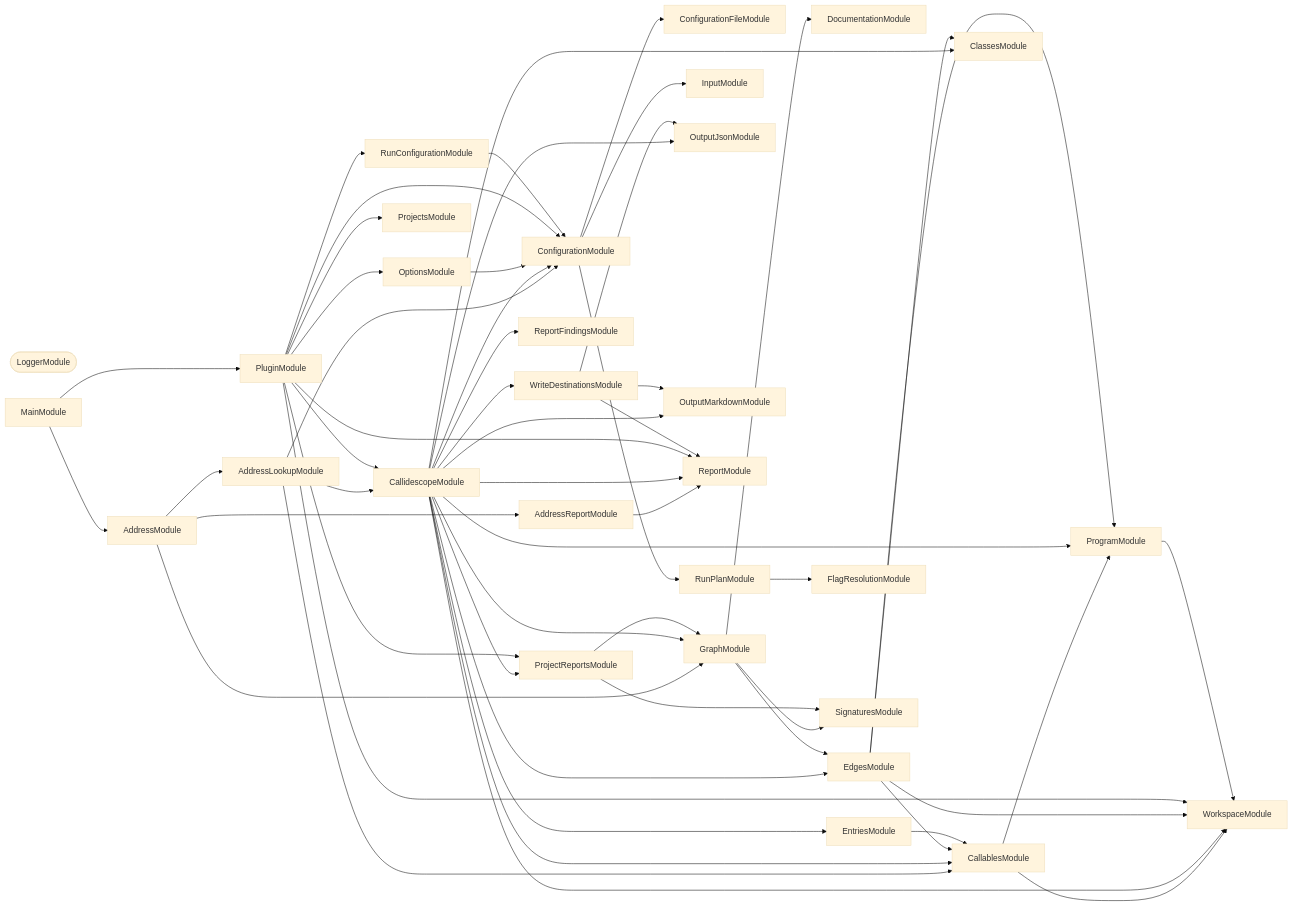
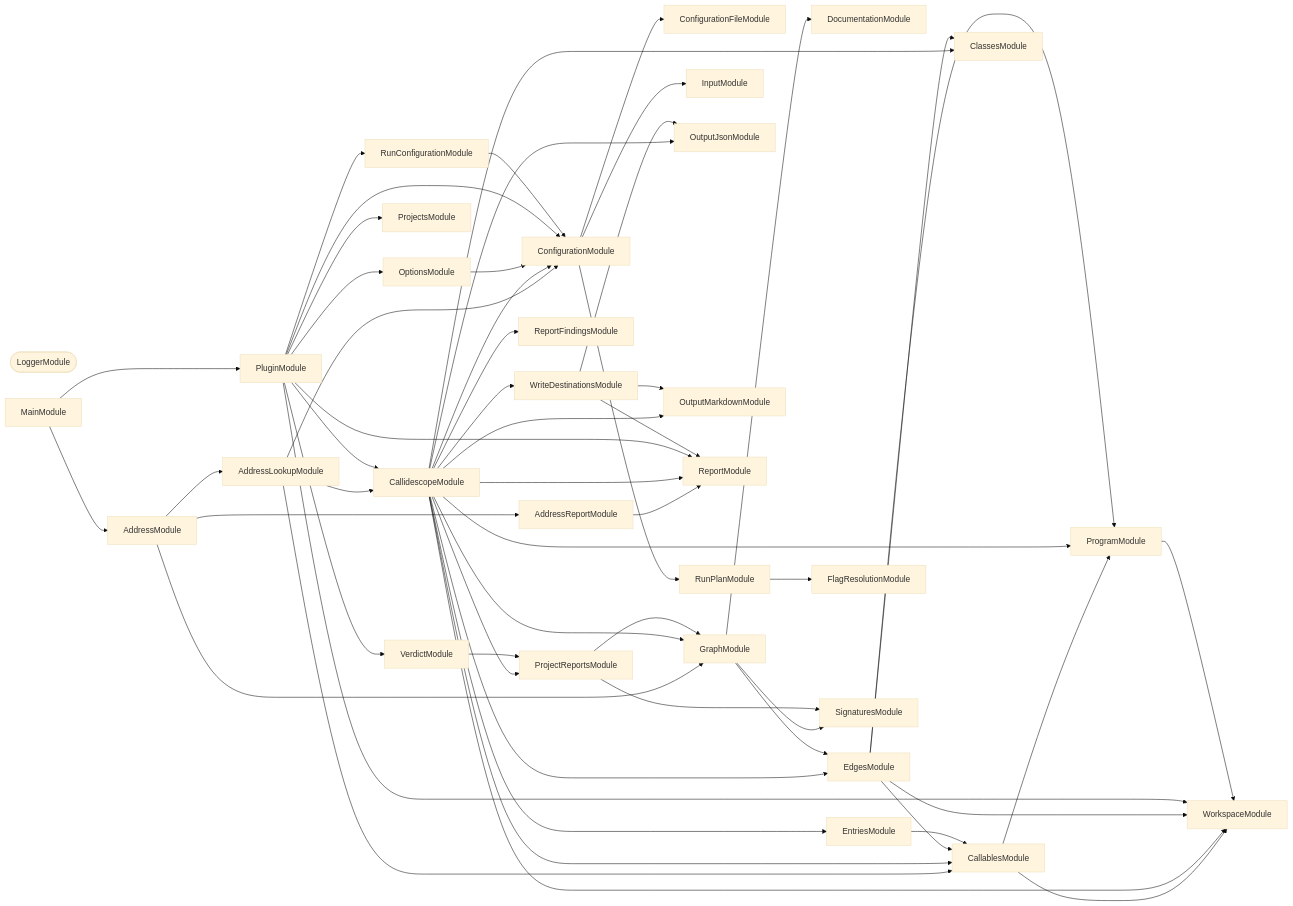
Before and after one commit to organizzolini/codebase: the second of 3 diagrams in projects/ic-suite/callidescope/callidescope-nx/README.md, drawn with Mermaid (base theme). The commit also changed other lines of this file and 207 other files, not shown here.

```diff
--- a/projects/ic-suite/callidescope/callidescope-nx/README.md
+++ b/projects/ic-suite/callidescope/callidescope-nx/README.md
@@ -362,6 +362,7 @@
   RunConfigurationModule
   RunPlanModule
   SignaturesModule
+  VerdictModule
   WorkspaceModule
   WriteDestinationsModule
   AddressLookupModule --> CallablesModule
@@ -404,16 +405,17 @@
   PluginModule --> CallidescopeModule
   PluginModule --> ConfigurationModule
   PluginModule --> OptionsModule
-  PluginModule --> ProjectReportsModule
   PluginModule --> ProjectsModule
   PluginModule --> ReportModule
   PluginModule --> RunConfigurationModule
+  PluginModule --> VerdictModule
   PluginModule --> WorkspaceModule
   ProgramModule --> WorkspaceModule
   ProjectReportsModule --> GraphModule
   ProjectReportsModule --> SignaturesModule
   RunConfigurationModule --> ConfigurationModule
   RunPlanModule --> FlagResolutionModule
+  VerdictModule --> ProjectReportsModule
   WriteDestinationsModule --> OutputJsonModule
   WriteDestinationsModule --> OutputMarkdownModule
   WriteDestinationsModule --> ReportModule
```
